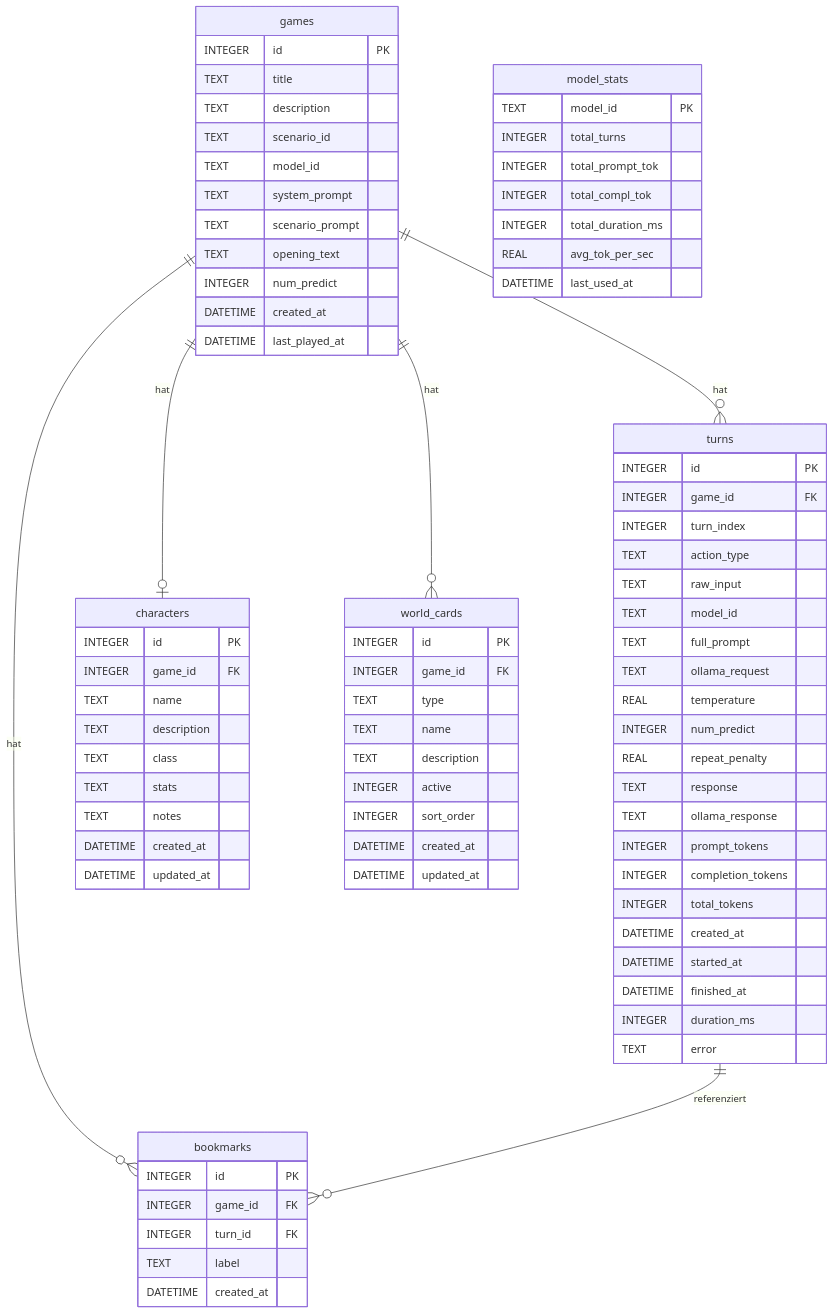
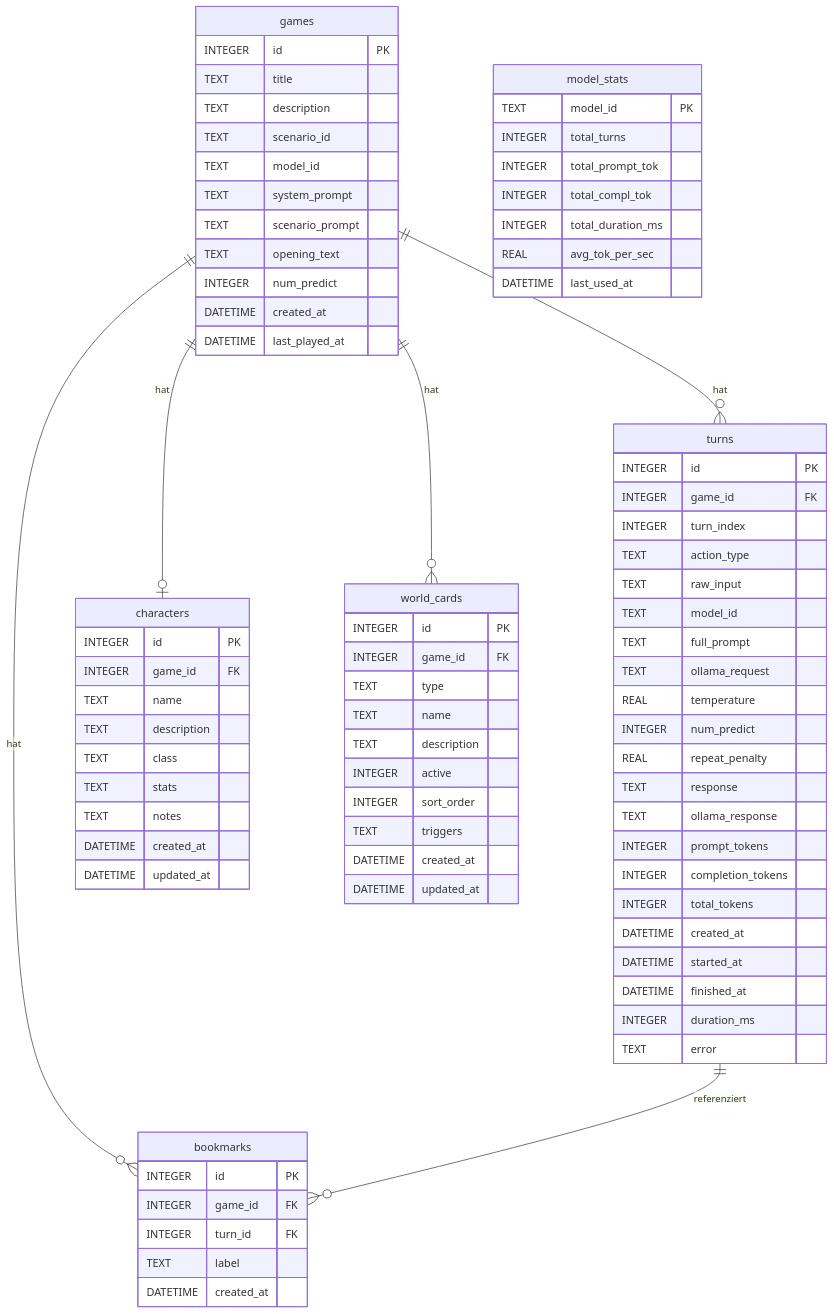
Before and after one commit to vreezy/storytelling: the diagram in datamodell.md, drawn with Mermaid. The commit also changed other lines of this file and 6 other files, not shown here.

```diff
--- a/datamodell.md
+++ b/datamodell.md
@@ -62,6 +62,7 @@
         TEXT description
         INTEGER active
         INTEGER sort_order
+        TEXT triggers
         DATETIME created_at
         DATETIME updated_at
     }
```
